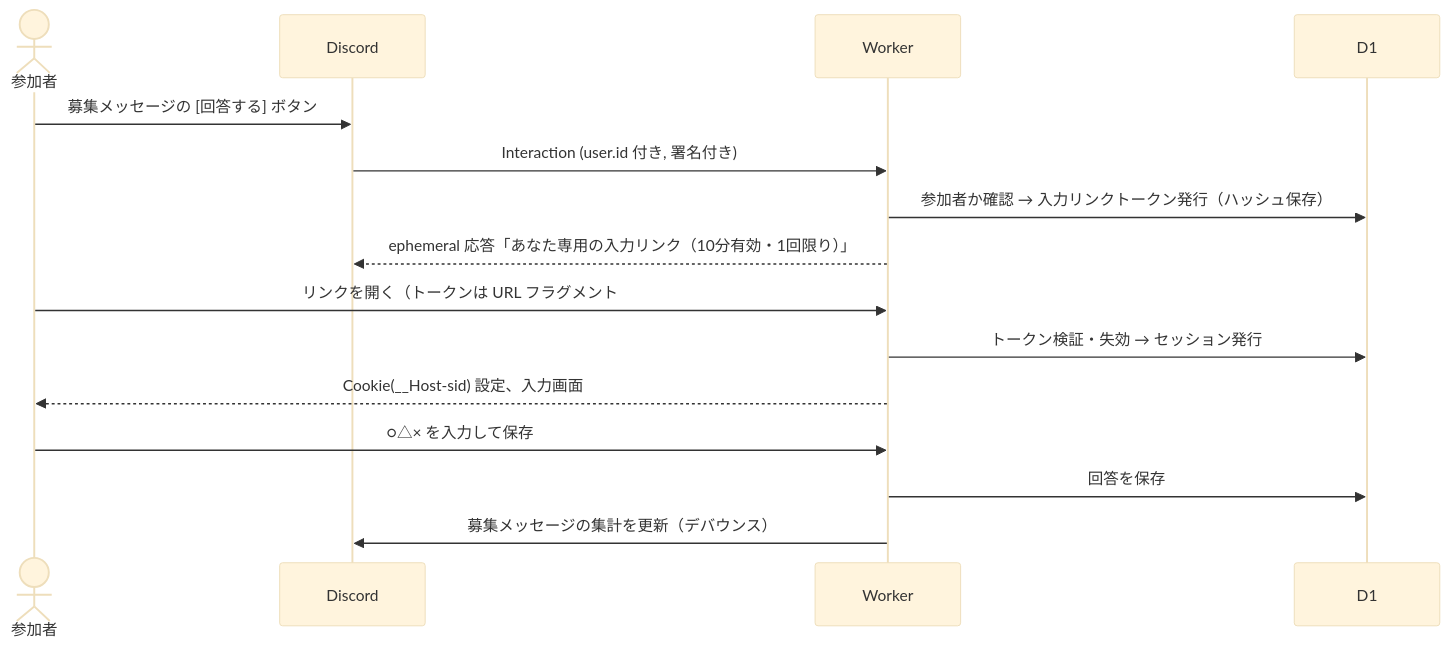
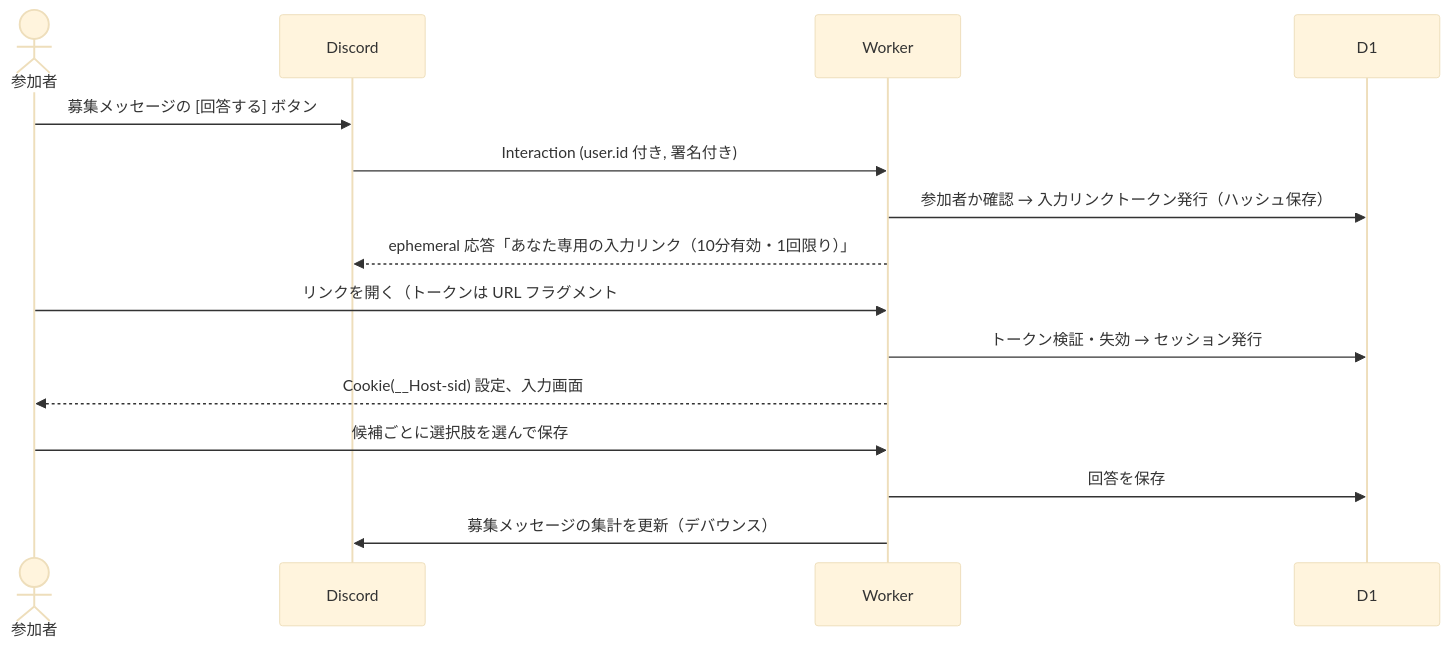
Before and after one commit to etlit-r/DIscheduler: the third of 5 diagrams in docs/design.md, drawn with Mermaid (base theme). The commit also changed other lines of this file and 1 other file, not shown here.

````diff
--- a/docs/design.md
+++ b/docs/design.md
@@ -139,18 +141,18 @@
 ```mermaid
 sequenceDiagram
   actor P as 参加者
   participant D as Discord
   participant W as Worker
   participant DB as D1
 
   P->>D: 募集メッセージの [回答する] ボタン
   D->>W: Interaction (user.id 付き, 署名付き)
   W->>DB: 参加者か確認 → 入力リンクトークン発行（ハッシュ保存）
   W-->>D: ephemeral 応答「あなた専用の入力リンク（10分有効・1回限り）」
   P->>W: リンクを開く（トークンは URL フラグメント #）
   W->>DB: トークン検証・失効 → セッション発行
   W-->>P: Cookie(__Host-sid) 設定、入力画面
-  P->>W: ○△× を入力して保存
+  P->>W: 候補ごとに選択肢を選んで保存
   W->>DB: 回答を保存
   W->>D: 募集メッセージの集計を更新（デバウンス）
 ```
````
